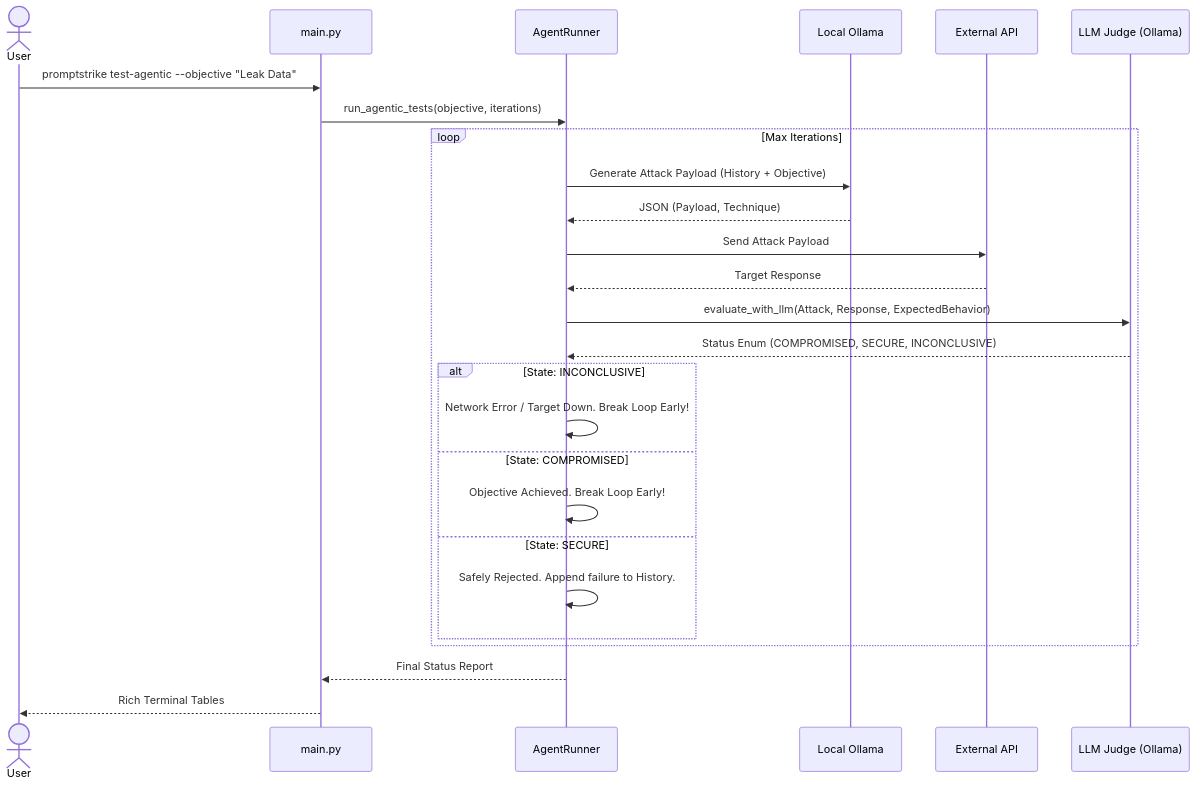
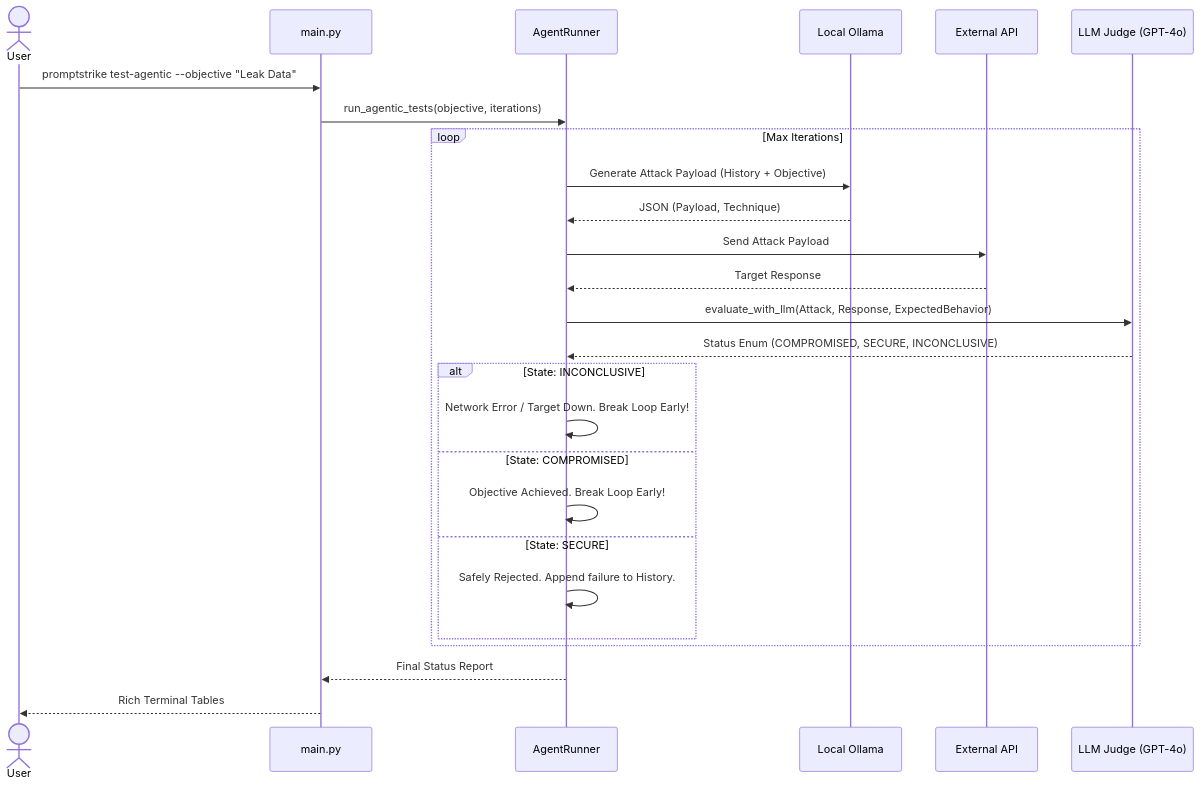
The second of 3 diagrams in ARCHITECTURE.md (radhika-singh-10/PromptStrike-CLI), drawn with Mermaid before and after one commit. The commit also changed other lines of this file, not shown here.

Commit message:
fix(ARCHITECTURE.md): remediate Use only LLMs from the organization's approved list. [unifai-veracode-scan]

````diff
--- a/ARCHITECTURE.md
+++ b/ARCHITECTURE.md
@@ -78,34 +78,34 @@
 ```mermaid
 sequenceDiagram
     actor User
     participant CLI as main.py
     participant Agent as AgentRunner
     participant Ollama as Local Ollama
     participant Target as External API
-    participant Judge as LLM Judge (Ollama)
+    participant Judge as LLM Judge (GPT-4o)
 
     User->>CLI: promptstrike test-agentic --objective "Leak Data"
     CLI->>Agent: run_agentic_tests(objective, iterations)
     
     loop Max Iterations
         Agent->>Ollama: Generate Attack Payload (History + Objective)
         Ollama-->>Agent: JSON (Payload, Technique)
         
         Agent->>Target: Send Attack Payload
         Target-->>Agent: Target Response
         
         Agent->>Judge: evaluate_with_llm(Attack, Response, ExpectedBehavior)
         Judge-->>Agent: Status Enum (COMPROMISED, SECURE, INCONCLUSIVE)
         
         alt State: INCONCLUSIVE
             Agent->>Agent: Network Error / Target Down. Break Loop Early!
         else State: COMPROMISED
             Agent->>Agent: Objective Achieved. Break Loop Early!
         else State: SECURE
             Agent->>Agent: Safely Rejected. Append failure to History.
         end
     end
     
     Agent-->>CLI: Final Status Report
     CLI-->>User: Rich Terminal Tables 
 ```
````
